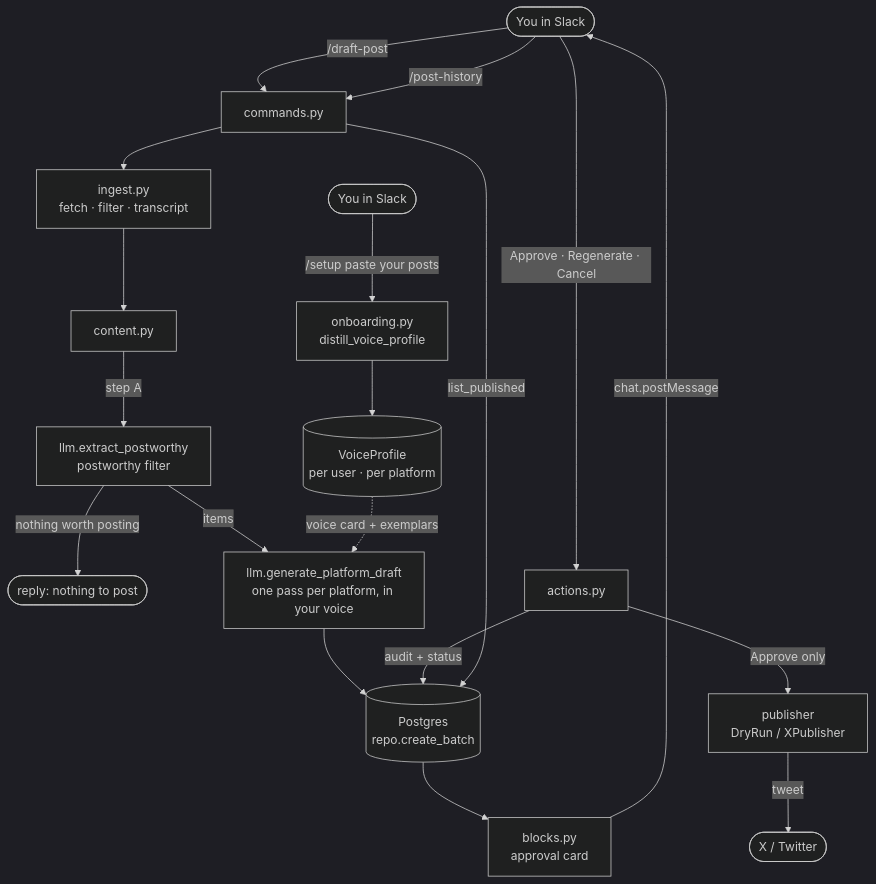
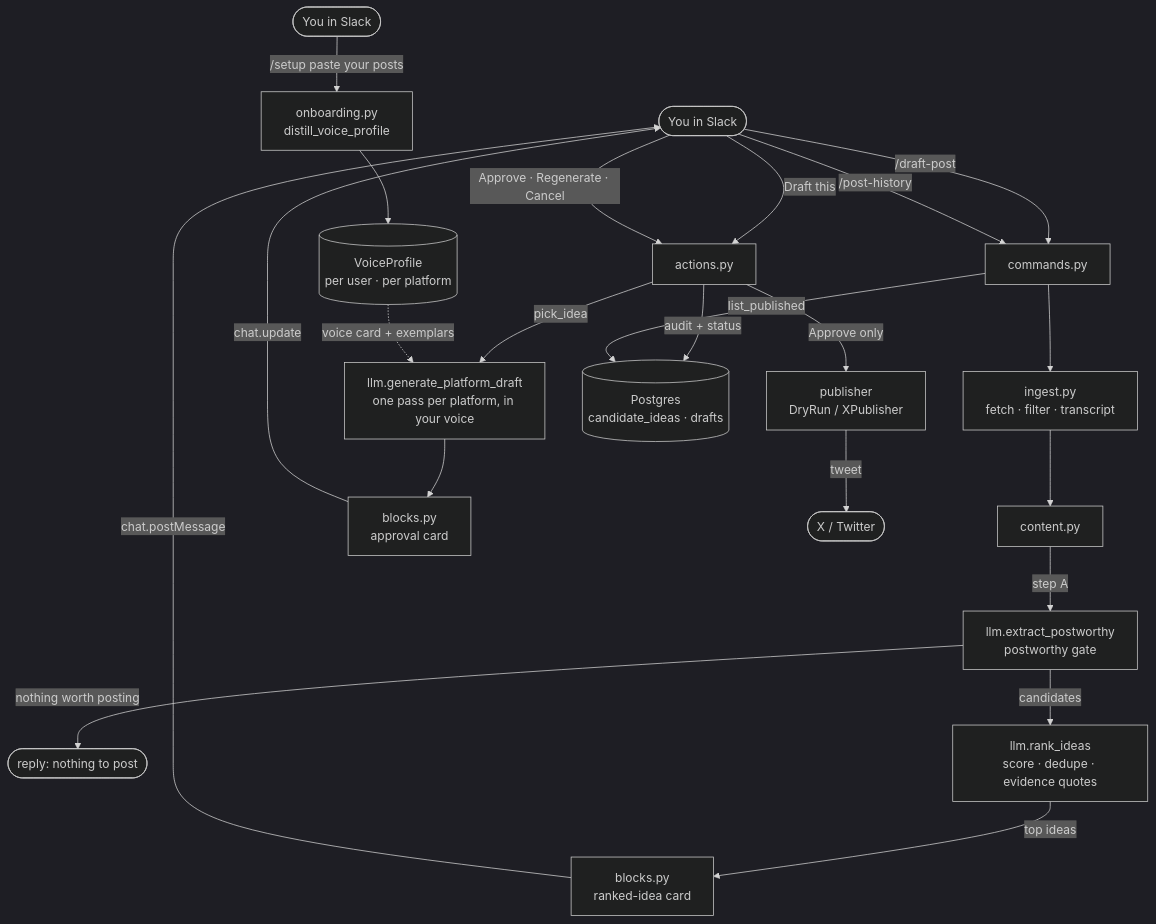
Before and after one commit to omsherikar/Ghostwyre: the diagram in README.md, drawn with Mermaid (dark theme). The commit also changed other lines of this file and 2 other files, not shown here.

Commit message:
v2.1 Unit 7: docs — extract->rank->pick->draft flow, IDEA_SCAN_LIMIT/IDEA_SHORTLIST_SIZE/RANK_MAX_TOKENS, v2.1 shipped

````diff
--- a/README.md
+++ b/README.md
@@ -25,21 +27,24 @@
 ```mermaid
 flowchart TD
     U([You in Slack]) -->|/draft-post| CMD[commands.py]
     CMD --> ING[ingest.py<br/>fetch · filter · transcript]
     ING --> CON[content.py]
-    CON -->|step A| EX[llm.extract_postworthy<br/>postworthy filter]
+    CON -->|step A| EX[llm.extract_postworthy<br/>postworthy gate]
     EX -->|nothing worth posting| STOP([reply: nothing to post])
-    EX -->|items| GEN[llm.generate_platform_draft<br/>one pass per platform, in your voice]
-    VP[(VoiceProfile<br/>per user · per platform)] -.voice card + exemplars.-> GEN
+    EX -->|candidates| RANK[llm.rank_ideas<br/>score · dedupe · evidence quotes]
+    RANK -->|top ideas| IDEA[blocks.py<br/>ranked-idea card]
+    IDEA -->|chat.postMessage| U
+    U -->|Draft this| ACT[actions.py]
+    ACT -->|pick_idea| GEN[llm.generate_platform_draft<br/>one pass per platform, in your voice]
     SET([You in Slack]) -->|/setup paste your posts| ONB[onboarding.py<br/>distill_voice_profile]
-    ONB --> VP
-    GEN --> DB[(Postgres<br/>repo.create_batch)]
-    DB --> CARD[blocks.py<br/>approval card]
-    CARD -->|chat.postMessage| U
-    U -->|Approve · Regenerate · Cancel| ACT[actions.py]
+    ONB --> VP[(VoiceProfile<br/>per user · per platform)]
+    VP -.voice card + exemplars.-> GEN
+    GEN --> CARD[blocks.py<br/>approval card]
+    CARD -->|chat.update| U
+    U -->|Approve · Regenerate · Cancel| ACT
     ACT -->|Approve only| PUB[publisher<br/>DryRun / XPublisher]
     PUB -->|tweet| X([X / Twitter])
-    ACT -->|audit + status| DB
+    ACT -->|audit + status| DB[(Postgres<br/>candidate_ideas · drafts)]
     U -->|/post-history| CMD
     CMD -->|list_published| DB
 ```
````
